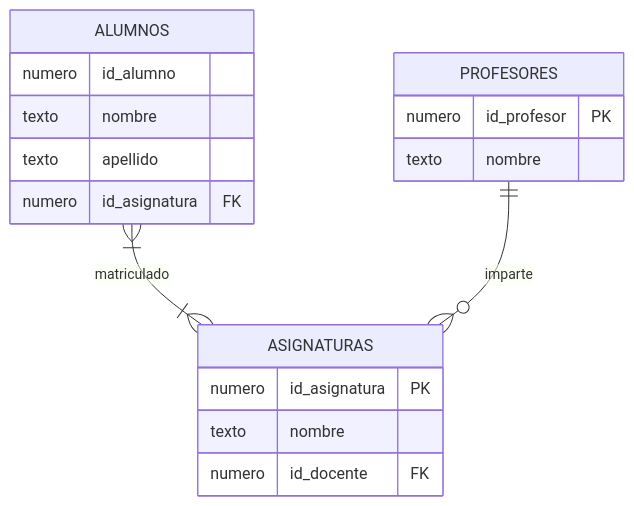
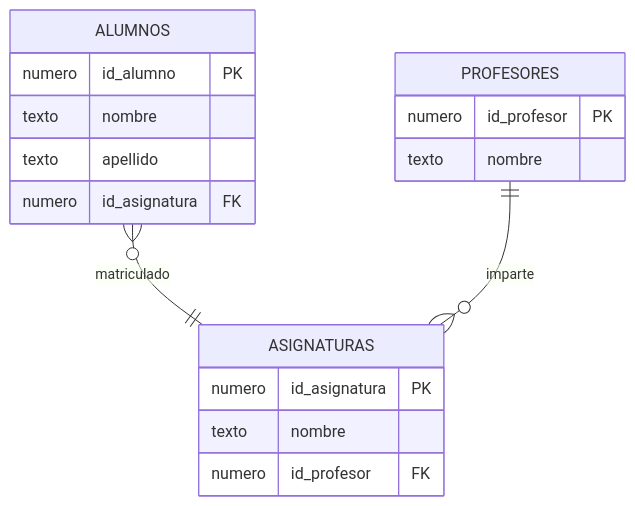
Before and after one commit to IraitzM/ingenieria-datos: the second of 4 diagrams in content/modelado/desnormalizar.qmd, drawn with Mermaid. The commit also changed other lines of this file and 4 other files, not shown here.

Commit message:
FIX ER diagrams

````diff
--- a/content/modelado/desnormalizar.qmd
+++ b/content/modelado/desnormalizar.qmd
@@ -44,20 +44,20 @@
 ```{mermaid}
 erDiagram
     ALUMNOS {
-        numero id_alumno
+        numero id_alumno PK
         texto nombre
         texto apellido
         numero id_asignatura FK
     }
     ASIGNATURAS {
         numero id_asignatura PK
         texto nombre
-        numero id_docente FK
+        numero id_profesor FK
     }
     PROFESORES {
         numero id_profesor PK
         texto nombre
     }
-    ALUMNOS }|--|{ ASIGNATURAS: matriculado
+    ALUMNOS }o--|| ASIGNATURAS: matriculado
     PROFESORES ||--o{ ASIGNATURAS: imparte
 ```
````
